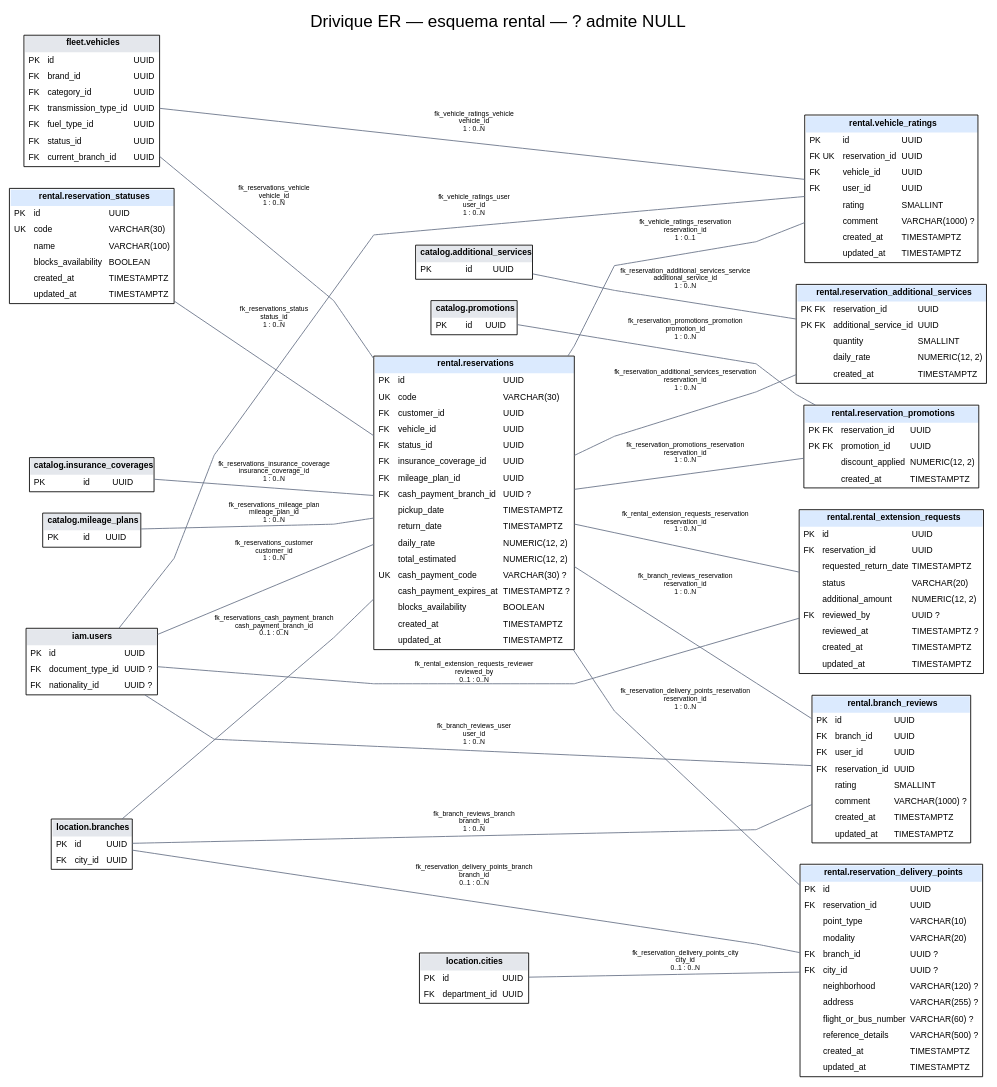
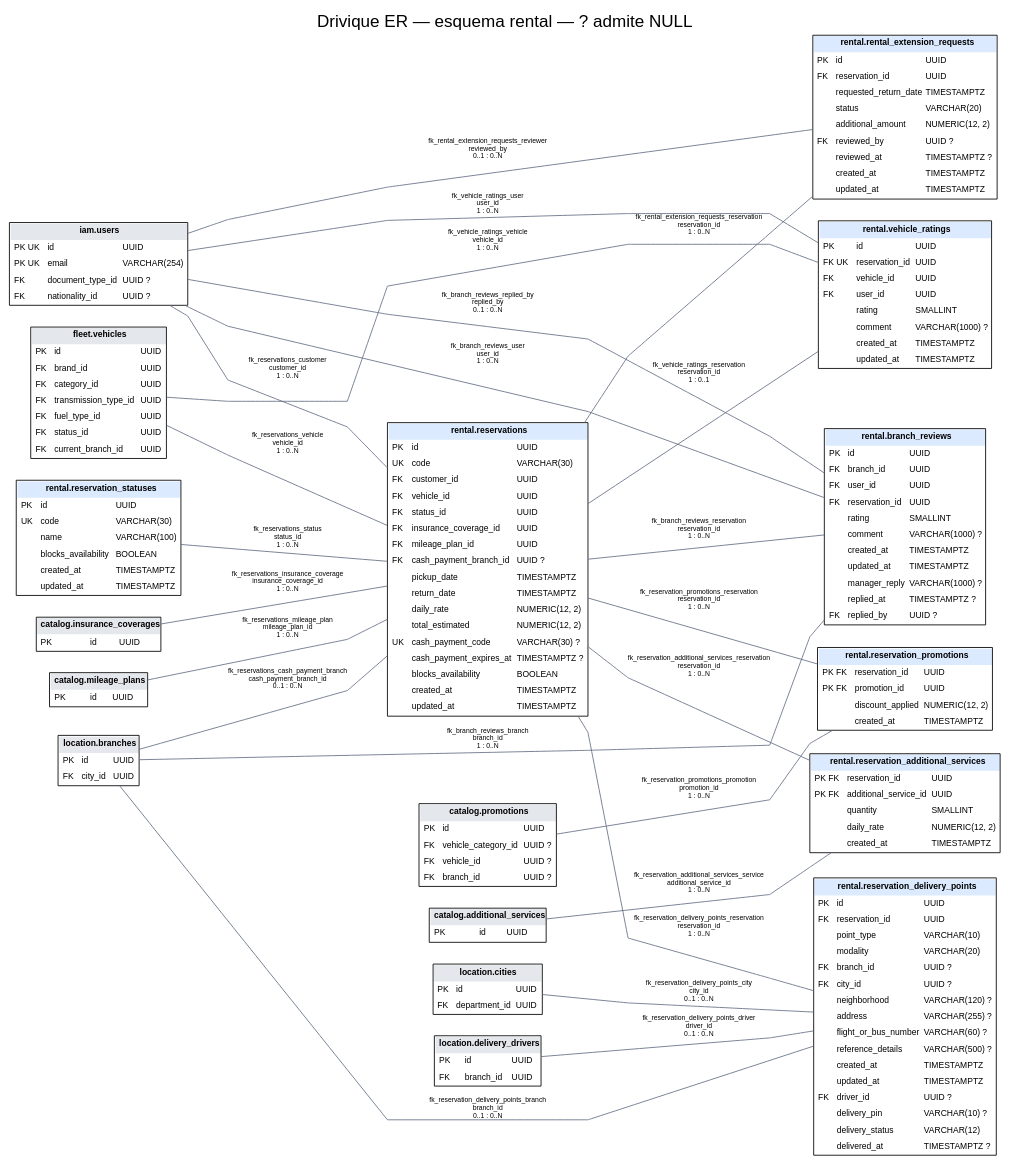
One commit to project-drivique/Documentation changed the diagram in docs/assets/diagrams/er-rental.dot. Above: the diagram before and after it, drawn with Graphviz. The commit also changed 38 other files, not shown here.

First line of the commit message:
docs(database): regenerate the ER diagrams and bring the data dictionary in line with the migrated schema [HU-INT-23]

```diff
--- a/docs/assets/diagrams/er-rental.dot
+++ b/docs/assets/diagrams/er-rental.dot
@@ -5,15 +5,16 @@
 "catalog.additional_services" [label=<<TABLE BORDER="1" CELLBORDER="0" CELLSPACING="0" CELLPADDING="4"><TR><TD COLSPAN="3" BGCOLOR="#e4e7ec"><B>catalog.additional_services</B></TD></TR><TR><TD ALIGN="LEFT">PK</TD><TD ALIGN="LEFT">id</TD><TD ALIGN="LEFT">UUID</TD></TR></TABLE>>,fontsize=10];
 "catalog.insurance_coverages" [label=<<TABLE BORDER="1" CELLBORDER="0" CELLSPACING="0" CELLPADDING="4"><TR><TD COLSPAN="3" BGCOLOR="#e4e7ec"><B>catalog.insurance_coverages</B></TD></TR><TR><TD ALIGN="LEFT">PK</TD><TD ALIGN="LEFT">id</TD><TD ALIGN="LEFT">UUID</TD></TR></TABLE>>,fontsize=10];
 "catalog.mileage_plans" [label=<<TABLE BORDER="1" CELLBORDER="0" CELLSPACING="0" CELLPADDING="4"><TR><TD COLSPAN="3" BGCOLOR="#e4e7ec"><B>catalog.mileage_plans</B></TD></TR><TR><TD ALIGN="LEFT">PK</TD><TD ALIGN="LEFT">id</TD><TD ALIGN="LEFT">UUID</TD></TR></TABLE>>,fontsize=10];
-"catalog.promotions" [label=<<TABLE BORDER="1" CELLBORDER="0" CELLSPACING="0" CELLPADDING="4"><TR><TD COLSPAN="3" BGCOLOR="#e4e7ec"><B>catalog.promotions</B></TD></TR><TR><TD ALIGN="LEFT">PK</TD><TD ALIGN="LEFT">id</TD><TD ALIGN="LEFT">UUID</TD></TR></TABLE>>,fontsize=10];
+"catalog.promotions" [label=<<TABLE BORDER="1" CELLBORDER="0" CELLSPACING="0" CELLPADDING="4"><TR><TD COLSPAN="3" BGCOLOR="#e4e7ec"><B>catalog.promotions</B></TD></TR><TR><TD ALIGN="LEFT">PK</TD><TD ALIGN="LEFT">id</TD><TD ALIGN="LEFT">UUID</TD></TR><TR><TD ALIGN="LEFT">FK</TD><TD ALIGN="LEFT">vehicle_category_id</TD><TD ALIGN="LEFT">UUID ?</TD></TR><TR><TD ALIGN="LEFT">FK</TD><TD ALIGN="LEFT">vehicle_id</TD><TD ALIGN="LEFT">UUID ?</TD></TR><TR><TD ALIGN="LEFT">FK</TD><TD ALIGN="LEFT">branch_id</TD><TD ALIGN="LEFT">UUID ?</TD></TR></TABLE>>,fontsize=10];
 "fleet.vehicles" [label=<<TABLE BORDER="1" CELLBORDER="0" CELLSPACING="0" CELLPADDING="4"><TR><TD COLSPAN="3" BGCOLOR="#e4e7ec"><B>fleet.vehicles</B></TD></TR><TR><TD ALIGN="LEFT">PK</TD><TD ALIGN="LEFT">id</TD><TD ALIGN="LEFT">UUID</TD></TR><TR><TD ALIGN="LEFT">FK</TD><TD ALIGN="LEFT">brand_id</TD><TD ALIGN="LEFT">UUID</TD></TR><TR><TD ALIGN="LEFT">FK</TD><TD ALIGN="LEFT">category_id</TD><TD ALIGN="LEFT">UUID</TD></TR><TR><TD ALIGN="LEFT">FK</TD><TD ALIGN="LEFT">transmission_type_id</TD><TD ALIGN="LEFT">UUID</TD></TR><TR><TD ALIGN="LEFT">FK</TD><TD ALIGN="LEFT">fuel_type_id</TD><TD ALIGN="LEFT">UUID</TD></TR><TR><TD ALIGN="LEFT">FK</TD><TD ALIGN="LEFT">status_id</TD><TD ALIGN="LEFT">UUID</TD></TR><TR><TD ALIGN="LEFT">FK</TD><TD ALIGN="LEFT">current_branch_id</TD><TD ALIGN="LEFT">UUID</TD></TR></TABLE>>,fontsize=10];
-"iam.users" [label=<<TABLE BORDER="1" CELLBORDER="0" CELLSPACING="0" CELLPADDING="4"><TR><TD COLSPAN="3" BGCOLOR="#e4e7ec"><B>iam.users</B></TD></TR><TR><TD ALIGN="LEFT">PK</TD><TD ALIGN="LEFT">id</TD><TD ALIGN="LEFT">UUID</TD></TR><TR><TD ALIGN="LEFT">FK</TD><TD ALIGN="LEFT">document_type_id</TD><TD ALIGN="LEFT">UUID ?</TD></TR><TR><TD ALIGN="LEFT">FK</TD><TD ALIGN="LEFT">nationality_id</TD><TD ALIGN="LEFT">UUID ?</TD></TR></TABLE>>,fontsize=10];
+"iam.users" [label=<<TABLE BORDER="1" CELLBORDER="0" CELLSPACING="0" CELLPADDING="4"><TR><TD COLSPAN="3" BGCOLOR="#e4e7ec"><B>iam.users</B></TD></TR><TR><TD ALIGN="LEFT">PK UK</TD><TD ALIGN="LEFT">id</TD><TD ALIGN="LEFT">UUID</TD></TR><TR><TD ALIGN="LEFT">PK UK</TD><TD ALIGN="LEFT">email</TD><TD ALIGN="LEFT">VARCHAR(254)</TD></TR><TR><TD ALIGN="LEFT">FK</TD><TD ALIGN="LEFT">document_type_id</TD><TD ALIGN="LEFT">UUID ?</TD></TR><TR><TD ALIGN="LEFT">FK</TD><TD ALIGN="LEFT">nationality_id</TD><TD ALIGN="LEFT">UUID ?</TD></TR></TABLE>>,fontsize=10];
 "location.branches" [label=<<TABLE BORDER="1" CELLBORDER="0" CELLSPACING="0" CELLPADDING="4"><TR><TD COLSPAN="3" BGCOLOR="#e4e7ec"><B>location.branches</B></TD></TR><TR><TD ALIGN="LEFT">PK</TD><TD ALIGN="LEFT">id</TD><TD ALIGN="LEFT">UUID</TD></TR><TR><TD ALIGN="LEFT">FK</TD><TD ALIGN="LEFT">city_id</TD><TD ALIGN="LEFT">UUID</TD></TR></TABLE>>,fontsize=10];
 "location.cities" [label=<<TABLE BORDER="1" CELLBORDER="0" CELLSPACING="0" CELLPADDING="4"><TR><TD COLSPAN="3" BGCOLOR="#e4e7ec"><B>location.cities</B></TD></TR><TR><TD ALIGN="LEFT">PK</TD><TD ALIGN="LEFT">id</TD><TD ALIGN="LEFT">UUID</TD></TR><TR><TD ALIGN="LEFT">FK</TD><TD ALIGN="LEFT">department_id</TD><TD ALIGN="LEFT">UUID</TD></TR></TABLE>>,fontsize=10];
-"rental.branch_reviews" [label=<<TABLE BORDER="1" CELLBORDER="0" CELLSPACING="0" CELLPADDING="4"><TR><TD COLSPAN="3" BGCOLOR="#dbeafe"><B>rental.branch_reviews</B></TD></TR><TR><TD ALIGN="LEFT">PK</TD><TD ALIGN="LEFT">id</TD><TD ALIGN="LEFT">UUID</TD></TR><TR><TD ALIGN="LEFT">FK</TD><TD ALIGN="LEFT">branch_id</TD><TD ALIGN="LEFT">UUID</TD></TR><TR><TD ALIGN="LEFT">FK</TD><TD ALIGN="LEFT">user_id</TD><TD ALIGN="LEFT">UUID</TD></TR><TR><TD ALIGN="LEFT">FK</TD><TD ALIGN="LEFT">reservation_id</TD><TD ALIGN="LEFT">UUID</TD></TR><TR><TD ALIGN="LEFT"></TD><TD ALIGN="LEFT">rating</TD><TD ALIGN="LEFT">SMALLINT</TD></TR><TR><TD ALIGN="LEFT"></TD><TD ALIGN="LEFT">comment</TD><TD ALIGN="LEFT">VARCHAR(1000) ?</TD></TR><TR><TD ALIGN="LEFT"></TD><TD ALIGN="LEFT">created_at</TD><TD ALIGN="LEFT">TIMESTAMPTZ</TD></TR><TR><TD ALIGN="LEFT"></TD><TD ALIGN="LEFT">updated_at</TD><TD ALIGN="LEFT">TIMESTAMPTZ</TD></TR></TABLE>>,fontsize=10];
+"location.delivery_drivers" [label=<<TABLE BORDER="1" CELLBORDER="0" CELLSPACING="0" CELLPADDING="4"><TR><TD COLSPAN="3" BGCOLOR="#e4e7ec"><B>location.delivery_drivers</B></TD></TR><TR><TD ALIGN="LEFT">PK</TD><TD ALIGN="LEFT">id</TD><TD ALIGN="LEFT">UUID</TD></TR><TR><TD ALIGN="LEFT">FK</TD><TD ALIGN="LEFT">branch_id</TD><TD ALIGN="LEFT">UUID</TD></TR></TABLE>>,fontsize=10];
+"rental.branch_reviews" [label=<<TABLE BORDER="1" CELLBORDER="0" CELLSPACING="0" CELLPADDING="4"><TR><TD COLSPAN="3" BGCOLOR="#dbeafe"><B>rental.branch_reviews</B></TD></TR><TR><TD ALIGN="LEFT">PK</TD><TD ALIGN="LEFT">id</TD><TD ALIGN="LEFT">UUID</TD></TR><TR><TD ALIGN="LEFT">FK</TD><TD ALIGN="LEFT">branch_id</TD><TD ALIGN="LEFT">UUID</TD></TR><TR><TD ALIGN="LEFT">FK</TD><TD ALIGN="LEFT">user_id</TD><TD ALIGN="LEFT">UUID</TD></TR><TR><TD ALIGN="LEFT">FK</TD><TD ALIGN="LEFT">reservation_id</TD><TD ALIGN="LEFT">UUID</TD></TR><TR><TD ALIGN="LEFT"></TD><TD ALIGN="LEFT">rating</TD><TD ALIGN="LEFT">SMALLINT</TD></TR><TR><TD ALIGN="LEFT"></TD><TD ALIGN="LEFT">comment</TD><TD ALIGN="LEFT">VARCHAR(1000) ?</TD></TR><TR><TD ALIGN="LEFT"></TD><TD ALIGN="LEFT">created_at</TD><TD ALIGN="LEFT">TIMESTAMPTZ</TD></TR><TR><TD ALIGN="LEFT"></TD><TD ALIGN="LEFT">updated_at</TD><TD ALIGN="LEFT">TIMESTAMPTZ</TD></TR><TR><TD ALIGN="LEFT"></TD><TD ALIGN="LEFT">manager_reply</TD><TD ALIGN="LEFT">VARCHAR(1000) ?</TD></TR><TR><TD ALIGN="LEFT"></TD><TD ALIGN="LEFT">replied_at</TD><TD ALIGN="LEFT">TIMESTAMPTZ ?</TD></TR><TR><TD ALIGN="LEFT">FK</TD><TD ALIGN="LEFT">replied_by</TD><TD ALIGN="LEFT">UUID ?</TD></TR></TABLE>>,fontsize=10];
 "rental.rental_extension_requests" [label=<<TABLE BORDER="1" CELLBORDER="0" CELLSPACING="0" CELLPADDING="4"><TR><TD COLSPAN="3" BGCOLOR="#dbeafe"><B>rental.rental_extension_requests</B></TD></TR><TR><TD ALIGN="LEFT">PK</TD><TD ALIGN="LEFT">id</TD><TD ALIGN="LEFT">UUID</TD></TR><TR><TD ALIGN="LEFT">FK</TD><TD ALIGN="LEFT">reservation_id</TD><TD ALIGN="LEFT">UUID</TD></TR><TR><TD ALIGN="LEFT"></TD><TD ALIGN="LEFT">requested_return_date</TD><TD ALIGN="LEFT">TIMESTAMPTZ</TD></TR><TR><TD ALIGN="LEFT"></TD><TD ALIGN="LEFT">status</TD><TD ALIGN="LEFT">VARCHAR(20)</TD></TR><TR><TD ALIGN="LEFT"></TD><TD ALIGN="LEFT">additional_amount</TD><TD ALIGN="LEFT">NUMERIC(12, 2)</TD></TR><TR><TD ALIGN="LEFT">FK</TD><TD ALIGN="LEFT">reviewed_by</TD><TD ALIGN="LEFT">UUID ?</TD></TR><TR><TD ALIGN="LEFT"></TD><TD ALIGN="LEFT">reviewed_at</TD><TD ALIGN="LEFT">TIMESTAMPTZ ?</TD></TR><TR><TD ALIGN="LEFT"></TD><TD ALIGN="LEFT">created_at</TD><TD ALIGN="LEFT">TIMESTAMPTZ</TD></TR><TR><TD ALIGN="LEFT"></TD><TD ALIGN="LEFT">updated_at</TD><TD ALIGN="LEFT">TIMESTAMPTZ</TD></TR></TABLE>>,fontsize=10];
 "rental.reservation_additional_services" [label=<<TABLE BORDER="1" CELLBORDER="0" CELLSPACING="0" CELLPADDING="4"><TR><TD COLSPAN="3" BGCOLOR="#dbeafe"><B>rental.reservation_additional_services</B></TD></TR><TR><TD ALIGN="LEFT">PK FK</TD><TD ALIGN="LEFT">reservation_id</TD><TD ALIGN="LEFT">UUID</TD></TR><TR><TD ALIGN="LEFT">PK FK</TD><TD ALIGN="LEFT">additional_service_id</TD><TD ALIGN="LEFT">UUID</TD></TR><TR><TD ALIGN="LEFT"></TD><TD ALIGN="LEFT">quantity</TD><TD ALIGN="LEFT">SMALLINT</TD></TR><TR><TD ALIGN="LEFT"></TD><TD ALIGN="LEFT">daily_rate</TD><TD ALIGN="LEFT">NUMERIC(12, 2)</TD></TR><TR><TD ALIGN="LEFT"></TD><TD ALIGN="LEFT">created_at</TD><TD ALIGN="LEFT">TIMESTAMPTZ</TD></TR></TABLE>>,fontsize=10];
-"rental.reservation_delivery_points" [label=<<TABLE BORDER="1" CELLBORDER="0" CELLSPACING="0" CELLPADDING="4"><TR><TD COLSPAN="3" BGCOLOR="#dbeafe"><B>rental.reservation_delivery_points</B></TD></TR><TR><TD ALIGN="LEFT">PK</TD><TD ALIGN="LEFT">id</TD><TD ALIGN="LEFT">UUID</TD></TR><TR><TD ALIGN="LEFT">FK</TD><TD ALIGN="LEFT">reservation_id</TD><TD ALIGN="LEFT">UUID</TD></TR><TR><TD ALIGN="LEFT"></TD><TD ALIGN="LEFT">point_type</TD><TD ALIGN="LEFT">VARCHAR(10)</TD></TR><TR><TD ALIGN="LEFT"></TD><TD ALIGN="LEFT">modality</TD><TD ALIGN="LEFT">VARCHAR(20)</TD></TR><TR><TD ALIGN="LEFT">FK</TD><TD ALIGN="LEFT">branch_id</TD><TD ALIGN="LEFT">UUID ?</TD></TR><TR><TD ALIGN="LEFT">FK</TD><TD ALIGN="LEFT">city_id</TD><TD ALIGN="LEFT">UUID ?</TD></TR><TR><TD ALIGN="LEFT"></TD><TD ALIGN="LEFT">neighborhood</TD><TD ALIGN="LEFT">VARCHAR(120) ?</TD></TR><TR><TD ALIGN="LEFT"></TD><TD ALIGN="LEFT">address</TD><TD ALIGN="LEFT">VARCHAR(255) ?</TD></TR><TR><TD ALIGN="LEFT"></TD><TD ALIGN="LEFT">flight_or_bus_number</TD><TD ALIGN="LEFT">VARCHAR(60) ?</TD></TR><TR><TD ALIGN="LEFT"></TD><TD ALIGN="LEFT">reference_details</TD><TD ALIGN="LEFT">VARCHAR(500) ?</TD></TR><TR><TD ALIGN="LEFT"></TD><TD ALIGN="LEFT">created_at</TD><TD ALIGN="LEFT">TIMESTAMPTZ</TD></TR><TR><TD ALIGN="LEFT"></TD><TD ALIGN="LEFT">updated_at</TD><TD ALIGN="LEFT">TIMESTAMPTZ</TD></TR></TABLE>>,fontsize=10];
+"rental.reservation_delivery_points" [label=<<TABLE BORDER="1" CELLBORDER="0" CELLSPACING="0" CELLPADDING="4"><TR><TD COLSPAN="3" BGCOLOR="#dbeafe"><B>rental.reservation_delivery_points</B></TD></TR><TR><TD ALIGN="LEFT">PK</TD><TD ALIGN="LEFT">id</TD><TD ALIGN="LEFT">UUID</TD></TR><TR><TD ALIGN="LEFT">FK</TD><TD ALIGN="LEFT">reservation_id</TD><TD ALIGN="LEFT">UUID</TD></TR><TR><TD ALIGN="LEFT"></TD><TD ALIGN="LEFT">point_type</TD><TD ALIGN="LEFT">VARCHAR(10)</TD></TR><TR><TD ALIGN="LEFT"></TD><TD ALIGN="LEFT">modality</TD><TD ALIGN="LEFT">VARCHAR(20)</TD></TR><TR><TD ALIGN="LEFT">FK</TD><TD ALIGN="LEFT">branch_id</TD><TD ALIGN="LEFT">UUID ?</TD></TR><TR><TD ALIGN="LEFT">FK</TD><TD ALIGN="LEFT">city_id</TD><TD ALIGN="LEFT">UUID ?</TD></TR><TR><TD ALIGN="LEFT"></TD><TD ALIGN="LEFT">neighborhood</TD><TD ALIGN="LEFT">VARCHAR(120) ?</TD></TR><TR><TD ALIGN="LEFT"></TD><TD ALIGN="LEFT">address</TD><TD ALIGN="LEFT">VARCHAR(255) ?</TD></TR><TR><TD ALIGN="LEFT"></TD><TD ALIGN="LEFT">flight_or_bus_number</TD><TD ALIGN="LEFT">VARCHAR(60) ?</TD></TR><TR><TD ALIGN="LEFT"></TD><TD ALIGN="LEFT">reference_details</TD><TD ALIGN="LEFT">VARCHAR(500) ?</TD></TR><TR><TD ALIGN="LEFT"></TD><TD ALIGN="LEFT">created_at</TD><TD ALIGN="LEFT">TIMESTAMPTZ</TD></TR><TR><TD ALIGN="LEFT"></TD><TD ALIGN="LEFT">updated_at</TD><TD ALIGN="LEFT">TIMESTAMPTZ</TD></TR><TR><TD ALIGN="LEFT">FK</TD><TD ALIGN="LEFT">driver_id</TD><TD ALIGN="LEFT">UUID ?</TD></TR><TR><TD ALIGN="LEFT"></TD><TD ALIGN="LEFT">delivery_pin</TD><TD ALIGN="LEFT">VARCHAR(10) ?</TD></TR><TR><TD ALIGN="LEFT"></TD><TD ALIGN="LEFT">delivery_status</TD><TD ALIGN="LEFT">VARCHAR(12)</TD></TR><TR><TD ALIGN="LEFT"></TD><TD ALIGN="LEFT">delivered_at</TD><TD ALIGN="LEFT">TIMESTAMPTZ ?</TD></TR></TABLE>>,fontsize=10];
 "rental.reservation_promotions" [label=<<TABLE BORDER="1" CELLBORDER="0" CELLSPACING="0" CELLPADDING="4"><TR><TD COLSPAN="3" BGCOLOR="#dbeafe"><B>rental.reservation_promotions</B></TD></TR><TR><TD ALIGN="LEFT">PK FK</TD><TD ALIGN="LEFT">reservation_id</TD><TD ALIGN="LEFT">UUID</TD></TR><TR><TD ALIGN="LEFT">PK FK</TD><TD ALIGN="LEFT">promotion_id</TD><TD ALIGN="LEFT">UUID</TD></TR><TR><TD ALIGN="LEFT"></TD><TD ALIGN="LEFT">discount_applied</TD><TD ALIGN="LEFT">NUMERIC(12, 2)</TD></TR><TR><TD ALIGN="LEFT"></TD><TD ALIGN="LEFT">created_at</TD><TD ALIGN="LEFT">TIMESTAMPTZ</TD></TR></TABLE>>,fontsize=10];
 "rental.reservation_statuses" [label=<<TABLE BORDER="1" CELLBORDER="0" CELLSPACING="0" CELLPADDING="4"><TR><TD COLSPAN="3" BGCOLOR="#dbeafe"><B>rental.reservation_statuses</B></TD></TR><TR><TD ALIGN="LEFT">PK</TD><TD ALIGN="LEFT">id</TD><TD ALIGN="LEFT">UUID</TD></TR><TR><TD ALIGN="LEFT">UK</TD><TD ALIGN="LEFT">code</TD><TD ALIGN="LEFT">VARCHAR(30)</TD></TR><TR><TD ALIGN="LEFT"></TD><TD ALIGN="LEFT">name</TD><TD ALIGN="LEFT">VARCHAR(100)</TD></TR><TR><TD ALIGN="LEFT"></TD><TD ALIGN="LEFT">blocks_availability</TD><TD ALIGN="LEFT">BOOLEAN</TD></TR><TR><TD ALIGN="LEFT"></TD><TD ALIGN="LEFT">created_at</TD><TD ALIGN="LEFT">TIMESTAMPTZ</TD></TR><TR><TD ALIGN="LEFT"></TD><TD ALIGN="LEFT">updated_at</TD><TD ALIGN="LEFT">TIMESTAMPTZ</TD></TR></TABLE>>,fontsize=10];
 "rental.reservations" [label=<<TABLE BORDER="1" CELLBORDER="0" CELLSPACING="0" CELLPADDING="4"><TR><TD COLSPAN="3" BGCOLOR="#dbeafe"><B>rental.reservations</B></TD></TR><TR><TD ALIGN="LEFT">PK</TD><TD ALIGN="LEFT">id</TD><TD ALIGN="LEFT">UUID</TD></TR><TR><TD ALIGN="LEFT">UK</TD><TD ALIGN="LEFT">code</TD><TD ALIGN="LEFT">VARCHAR(30)</TD></TR><TR><TD ALIGN="LEFT">FK</TD><TD ALIGN="LEFT">customer_id</TD><TD ALIGN="LEFT">UUID</TD></TR><TR><TD ALIGN="LEFT">FK</TD><TD ALIGN="LEFT">vehicle_id</TD><TD ALIGN="LEFT">UUID</TD></TR><TR><TD ALIGN="LEFT">FK</TD><TD ALIGN="LEFT">status_id</TD><TD ALIGN="LEFT">UUID</TD></TR><TR><TD ALIGN="LEFT">FK</TD><TD ALIGN="LEFT">insurance_coverage_id</TD><TD ALIGN="LEFT">UUID</TD></TR><TR><TD ALIGN="LEFT">FK</TD><TD ALIGN="LEFT">mileage_plan_id</TD><TD ALIGN="LEFT">UUID</TD></TR><TR><TD ALIGN="LEFT">FK</TD><TD ALIGN="LEFT">cash_payment_branch_id</TD><TD ALIGN="LEFT">UUID ?</TD></TR><TR><TD ALIGN="LEFT"></TD><TD ALIGN="LEFT">pickup_date</TD><TD ALIGN="LEFT">TIMESTAMPTZ</TD></TR><TR><TD ALIGN="LEFT"></TD><TD ALIGN="LEFT">return_date</TD><TD ALIGN="LEFT">TIMESTAMPTZ</TD></TR><TR><TD ALIGN="LEFT"></TD><TD ALIGN="LEFT">daily_rate</TD><TD ALIGN="LEFT">NUMERIC(12, 2)</TD></TR><TR><TD ALIGN="LEFT"></TD><TD ALIGN="LEFT">total_estimated</TD><TD ALIGN="LEFT">NUMERIC(12, 2)</TD></TR><TR><TD ALIGN="LEFT">UK</TD><TD ALIGN="LEFT">cash_payment_code</TD><TD ALIGN="LEFT">VARCHAR(30) ?</TD></TR><TR><TD ALIGN="LEFT"></TD><TD ALIGN="LEFT">cash_payment_expires_at</TD><TD ALIGN="LEFT">TIMESTAMPTZ ?</TD></TR><TR><TD ALIGN="LEFT"></TD><TD ALIGN="LEFT">blocks_availability</TD><TD ALIGN="LEFT">BOOLEAN</TD></TR><TR><TD ALIGN="LEFT"></TD><TD ALIGN="LEFT">created_at</TD><TD ALIGN="LEFT">TIMESTAMPTZ</TD></TR><TR><TD ALIGN="LEFT"></TD><TD ALIGN="LEFT">updated_at</TD><TD ALIGN="LEFT">TIMESTAMPTZ</TD></TR></TABLE>>,fontsize=10];
@@ -21,6 +22,7 @@
 "location.branches" -> "rental.branch_reviews" [label="fk_branch_reviews_branch\nbranch_id\n1 : 0..N"];
 "iam.users" -> "rental.branch_reviews" [label="fk_branch_reviews_user\nuser_id\n1 : 0..N"];
 "rental.reservations" -> "rental.branch_reviews" [label="fk_branch_reviews_reservation\nreservation_id\n1 : 0..N"];
+"iam.users" -> "rental.branch_reviews" [label="fk_branch_reviews_replied_by\nreplied_by\n0..1 : 0..N"];
 "rental.reservations" -> "rental.rental_extension_requests" [label="fk_rental_extension_requests_reservation\nreservation_id\n1 : 0..N"];
 "iam.users" -> "rental.rental_extension_requests" [label="fk_rental_extension_requests_reviewer\nreviewed_by\n0..1 : 0..N"];
 "rental.reservations" -> "rental.reservation_additional_services" [label="fk_reservation_additional_services_reservation\nreservation_id\n1 : 0..N"];
@@ -28,6 +30,7 @@
 "rental.reservations" -> "rental.reservation_delivery_points" [label="fk_reservation_delivery_points_reservation\nreservation_id\n1 : 0..N"];
 "location.branches" -> "rental.reservation_delivery_points" [label="fk_reservation_delivery_points_branch\nbranch_id\n0..1 : 0..N"];
 "location.cities" -> "rental.reservation_delivery_points" [label="fk_reservation_delivery_points_city\ncity_id\n0..1 : 0..N"];
+"location.delivery_drivers" -> "rental.reservation_delivery_points" [label="fk_reservation_delivery_points_driver\ndriver_id\n0..1 : 0..N"];
 "rental.reservations" -> "rental.reservation_promotions" [label="fk_reservation_promotions_reservation\nreservation_id\n1 : 0..N"];
 "catalog.promotions" -> "rental.reservation_promotions" [label="fk_reservation_promotions_promotion\npromotion_id\n1 : 0..N"];
 "iam.users" -> "rental.reservations" [label="fk_reservations_customer\ncustomer_id\n1 : 0..N"];
```
